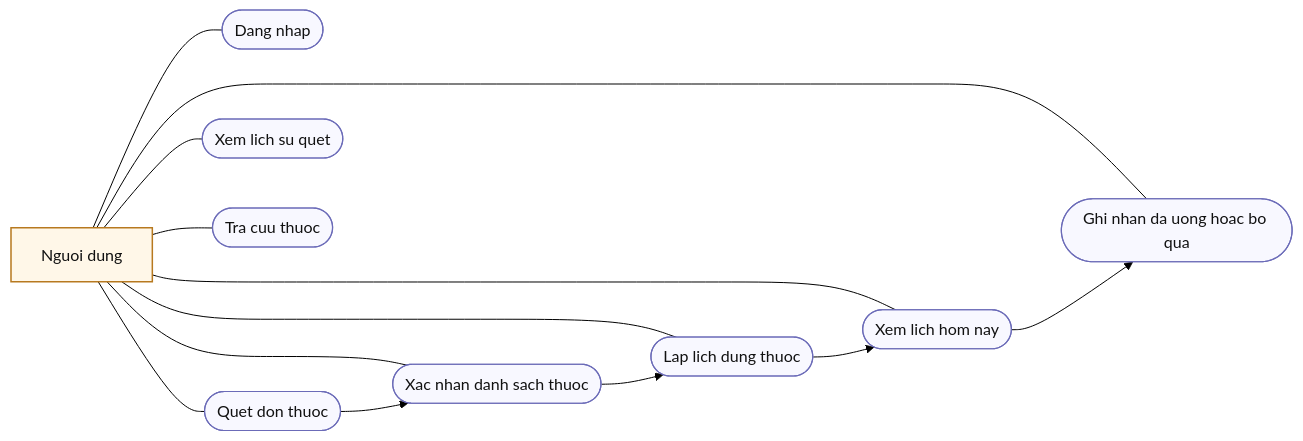
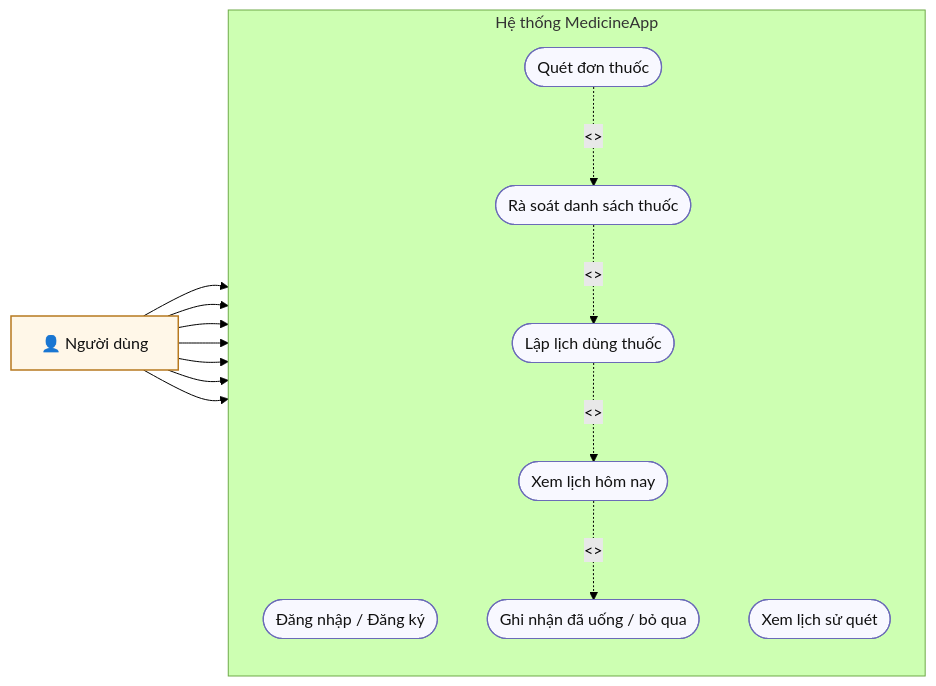
Before and after one commit to hongphuoc6104/medicineApp: the diagram in docs/thesis_report/diagrams/use_case.mmd, drawn with Mermaid (forest theme). The commit also changed 40 other files, not shown here.

```diff
--- a/docs/thesis_report/diagrams/use_case.mmd
+++ b/docs/thesis_report/diagrams/use_case.mmd
@@ -1,29 +1,32 @@
 flowchart LR
-    actor["Nguoi dung"]
-    uc1(["Dang nhap"])
-    uc2(["Quet don thuoc"])
-    uc3(["Xac nhan danh sach thuoc"])
-    uc4(["Lap lich dung thuoc"])
-    uc5(["Xem lich hom nay"])
-    uc6(["Ghi nhan da uong hoac bo qua"])
-    uc7(["Xem lich su quet"])
-    uc8(["Tra cuu thuoc"])
+    actor["👤 Người dùng"]
 
-    actor --- uc1
-    actor --- uc2
-    actor --- uc3
-    actor --- uc4
-    actor --- uc5
-    actor --- uc6
-    actor --- uc7
-    actor --- uc8
+    subgraph SYS["Hệ thống MedicineApp"]
+        direction TB
+        uc1(["Đăng nhập / Đăng ký"])
+        uc2(["Quét đơn thuốc"])
+        uc3(["Rà soát danh sách thuốc"])
+        uc4(["Lập lịch dùng thuốc"])
+        uc5(["Xem lịch hôm nay"])
+        uc6(["Ghi nhận đã uống / bỏ qua"])
+        uc7(["Xem lịch sử quét"])
+    end
 
-    uc2 --> uc3
-    uc3 --> uc4
-    uc4 --> uc5
-    uc5 --> uc6
+    actor --> uc1
+    actor --> uc2
+    actor --> uc3
+    actor --> uc4
+    actor --> uc5
+    actor --> uc6
+    actor --> uc7
 
-    classDef actor fill:#fff7e8,stroke:#b7791f,stroke-width:1.5px,color:#111;
-    classDef usecase fill:#f8f8ff,stroke:#6b6bb8,stroke-width:1.2px,color:#111;
-    class actor actor;
-    class uc1,uc2,uc3,uc4,uc5,uc6,uc7,uc8 usecase;
+    uc2 -.->|"<<include>>"| uc3
+    uc3 -.->|"<<include>>"| uc4
+    uc4 -.->|"<<include>>"| uc5
+    uc5 -.->|"<<extend>>"| uc6
+
+    classDef actorStyle fill:#fff7e8,stroke:#b7791f,stroke-width:1.5px,color:#111
+    classDef ucStyle fill:#f8f8ff,stroke:#6b6bb8,stroke-width:1.2px,color:#111
+
+    class actor actorStyle
+    class uc1,uc2,uc3,uc4,uc5,uc6,uc7 ucStyle
```
